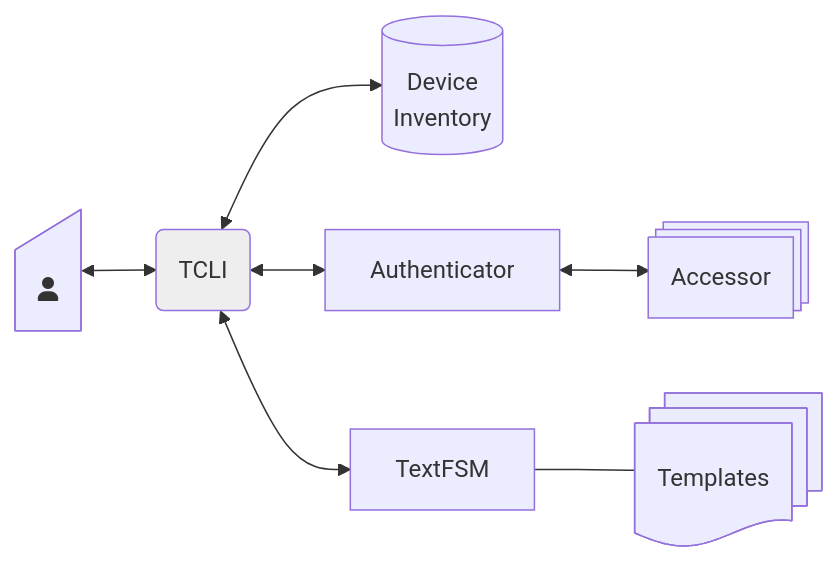
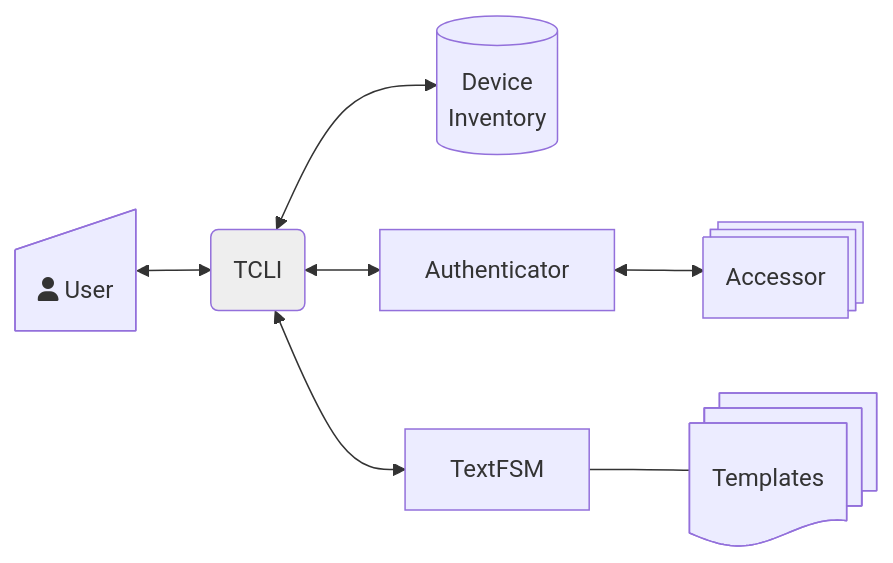
Before and after one commit to harro/tcli: the diagram in README.md, drawn with Mermaid. The commit also changed other lines of this file, not shown here.

Commit message:
Minor update to graph

````diff
--- a/README.md
+++ b/README.md
@@ -45,17 +45,17 @@
 ```mermaid
 graph LR
     style TCLI fill:#eee,color:#333
     TCLI@{shape: rounded}
-    A@{shape: manual-input, label: fa:fa-user}
+    A@{shape: manual-input, label: fa:fa-user User}
     B@{shape: cyl, label: "Device\nInventory"}
     C@{shape: proc, label: Authenticator}
     D@{shape: procs, label: Accessor}
     E@{label: TextFSM}
     F@{shape: docs, label: Templates}
     A <--> TCLI
     TCLI <--> B
     TCLI <--> C
     C <--> D
     TCLI <--> E
     E --- F
 ```
````
